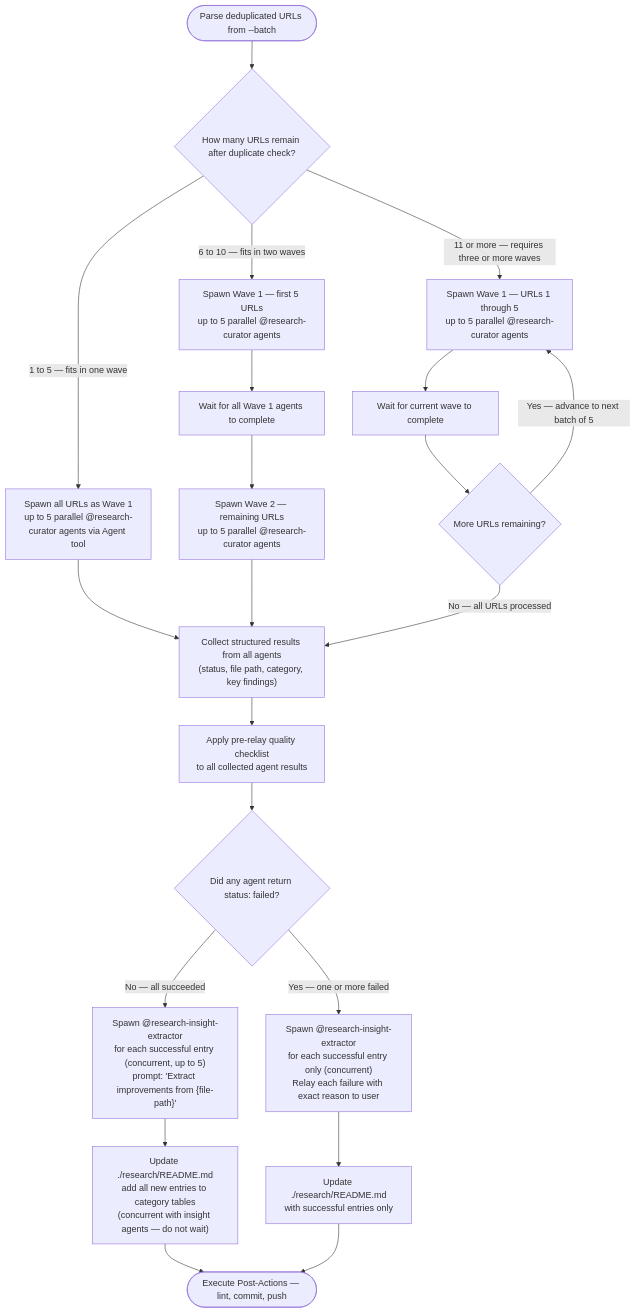
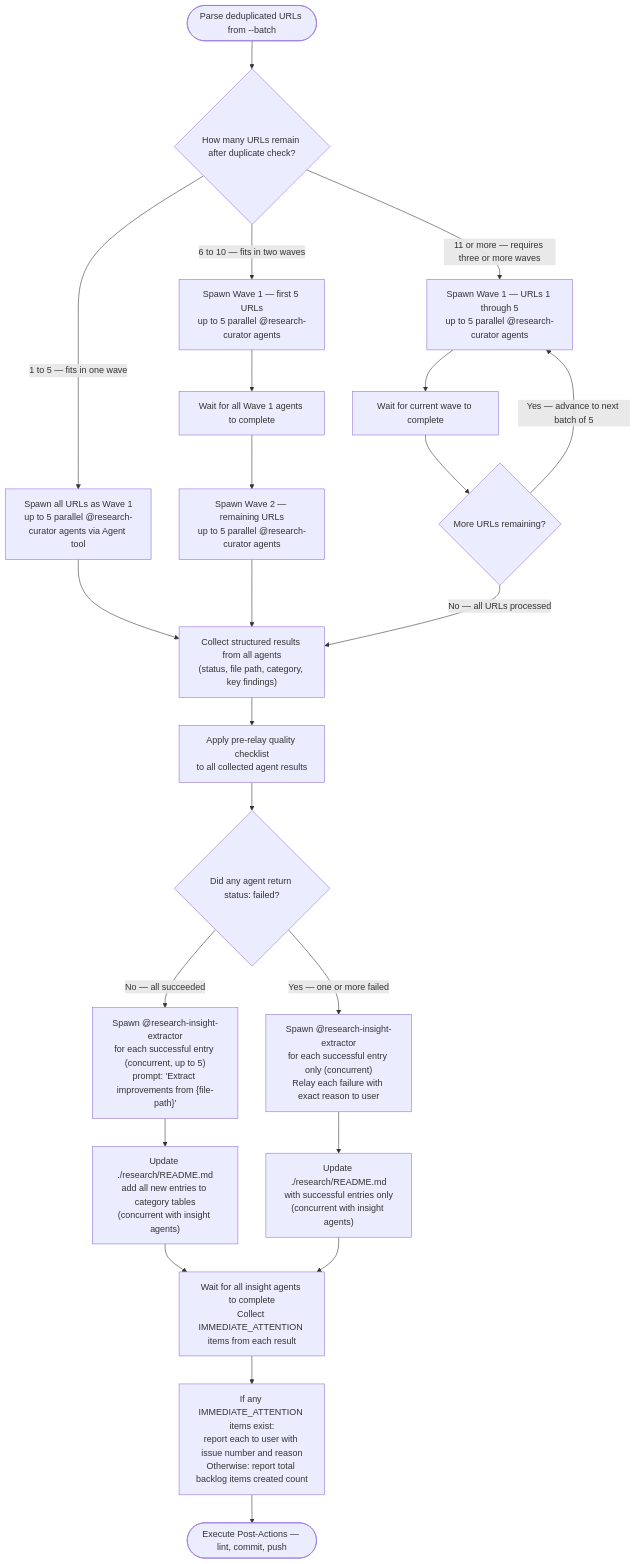
One commit to chgreer1070/claude_skills changed the second of 4 diagrams in .claude/skills/research-curator/SKILL.md. Above: the diagram before and after it, drawn with Mermaid. The commit also changed other lines of this file and 1 other file, not shown here.

````diff
--- a/.claude/skills/research-curator/SKILL.md
+++ b/.claude/skills/research-curator/SKILL.md
@@ -157,23 +165,25 @@
 ```mermaid
 flowchart TD
     Start(["Parse deduplicated URLs from --batch"]) --> Count{"How many URLs remain after duplicate check?"}
     Count -->|"1 to 5 — fits in one wave"| Wave1["Spawn all URLs as Wave 1<br>up to 5 parallel @research-curator agents via Agent tool"]
     Count -->|"6 to 10 — fits in two waves"| W1a["Spawn Wave 1 — first 5 URLs<br>up to 5 parallel @research-curator agents"]
     Count -->|"11 or more — requires three or more waves"| WNa["Spawn Wave 1 — URLs 1 through 5<br>up to 5 parallel @research-curator agents"]
     Wave1 --> Collect["Collect structured results from all agents<br>(status, file path, category, key findings)"]
     W1a --> W1aDone["Wait for all Wave 1 agents to complete"]
     W1aDone --> W2a["Spawn Wave 2 — remaining URLs<br>up to 5 parallel @research-curator agents"]
     W2a --> Collect
     WNa --> WNaDone["Wait for current wave to complete"]
     WNaDone --> QMore{"More URLs remaining?"}
     QMore -->|"Yes — advance to next batch of 5"| WNa
     QMore -->|"No — all URLs processed"| Collect
     Collect --> RelayCheck["Apply pre-relay quality checklist<br>to all collected agent results"]
     RelayCheck --> Results{"Did any agent return status: failed?"}
     Results -->|"No — all succeeded"| SpawnInsights["Spawn @research-insight-extractor<br>for each successful entry (concurrent, up to 5)<br>prompt: 'Extract improvements from {file-path}'"]
     Results -->|"Yes — one or more failed"| SpawnInsightsPartial["Spawn @research-insight-extractor<br>for each successful entry only (concurrent)<br>Relay each failure with exact reason to user"]
-    SpawnInsights --> UpdateAll["Update ./research/README.md<br>add all new entries to category tables<br>(concurrent with insight agents — do not wait)"]
-    SpawnInsightsPartial --> Partial["Update ./research/README.md<br>with successful entries only"]
-    UpdateAll --> PostActions(["Execute Post-Actions — lint, commit, push"])
-    Partial --> PostActions
+    SpawnInsights --> UpdateAll["Update ./research/README.md<br>add all new entries to category tables<br>(concurrent with insight agents)"]
+    SpawnInsightsPartial --> Partial["Update ./research/README.md<br>with successful entries only<br>(concurrent with insight agents)"]
+    UpdateAll --> WaitInsights["Wait for all insight agents to complete<br>Collect IMMEDIATE_ATTENTION items from each result"]
+    Partial --> WaitInsights
+    WaitInsights --> NotifyUser["If any IMMEDIATE_ATTENTION items exist:<br>report each to user with issue number and reason<br>Otherwise: report total backlog items created count"]
+    NotifyUser --> PostActions(["Execute Post-Actions — lint, commit, push"])
 ```
````
